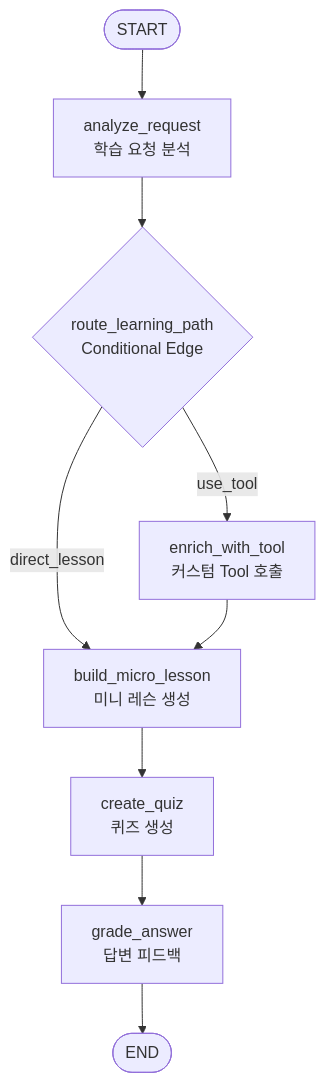
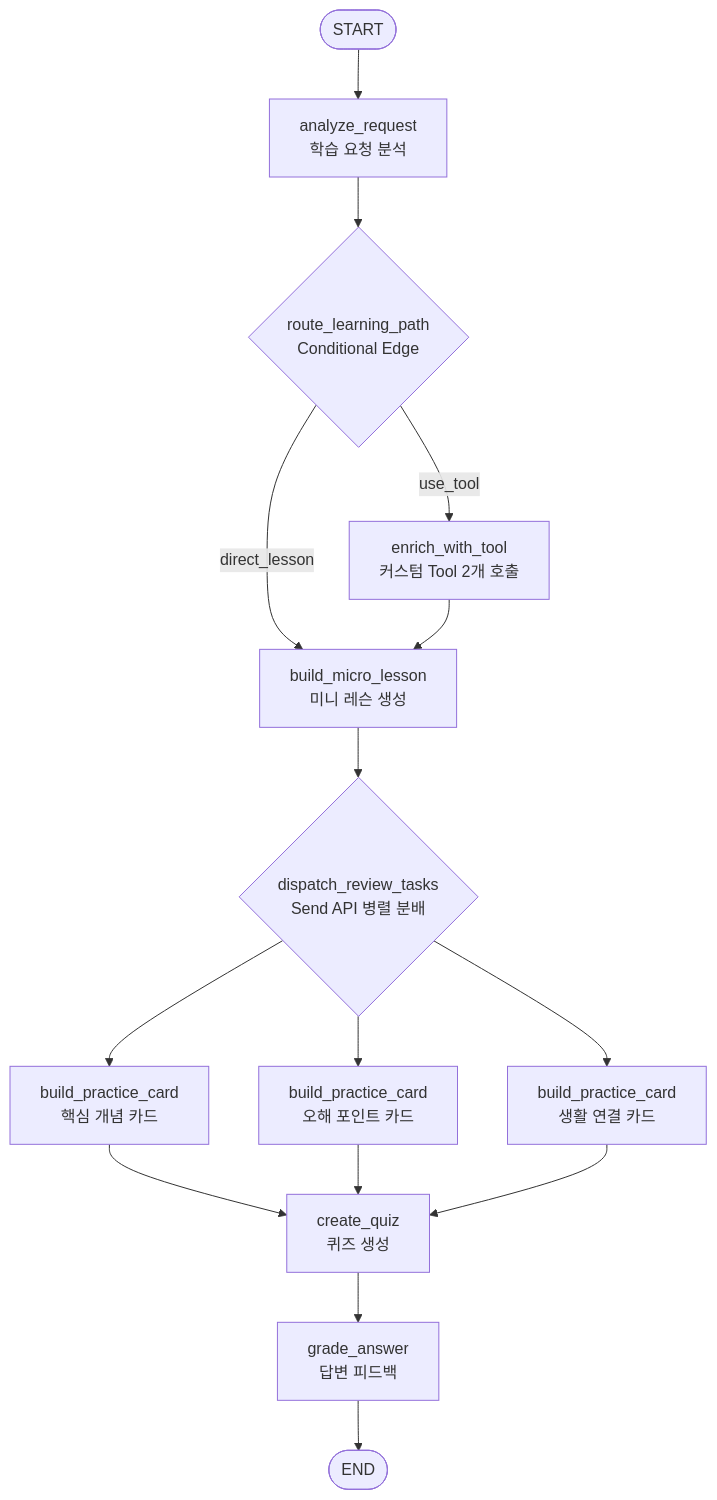
One commit to Kalamari0227/graph_assignment changed the diagram in README.md. Above: the diagram before and after it, drawn with Mermaid. The commit also changed other lines of this file and 3 other files, not shown here.

```diff
--- a/README.md
+++ b/README.md
@@ -71,11 +76,17 @@
 ~~~mermaid
 flowchart TD
     START([START]) --> A[analyze_request<br/>학습 요청 분석]
     A --> R{route_learning_path<br/>Conditional Edge}
-    R -->|use_tool| T[enrich_with_tool<br/>커스텀 Tool 호출]
+    R -->|use_tool| T[enrich_with_tool<br/>커스텀 Tool 2개 호출]
     R -->|direct_lesson| B[build_micro_lesson<br/>미니 레슨 생성]
     T --> B
-    B --> C[create_quiz<br/>퀴즈 생성]
+    B --> S{dispatch_review_tasks<br/>Send API 병렬 분배}
+    S --> P1[build_practice_card<br/>핵심 개념 카드]
+    S --> P2[build_practice_card<br/>오해 포인트 카드]
+    S --> P3[build_practice_card<br/>생활 연결 카드]
+    P1 --> C[create_quiz<br/>퀴즈 생성]
+    P2 --> C
+    P3 --> C
     C --> D[grade_answer<br/>답변 피드백]
     D --> END([END])
 ~~~
```
